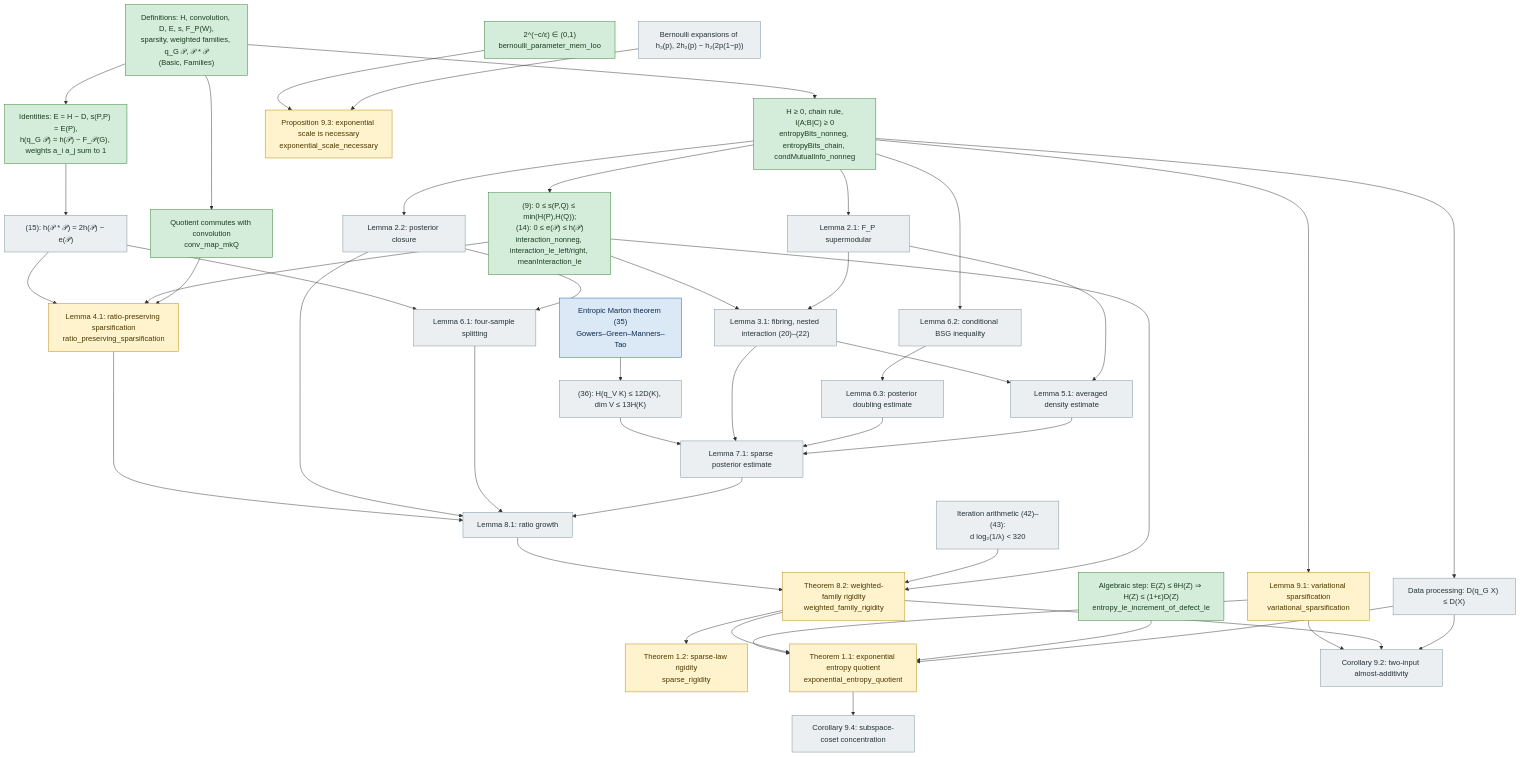
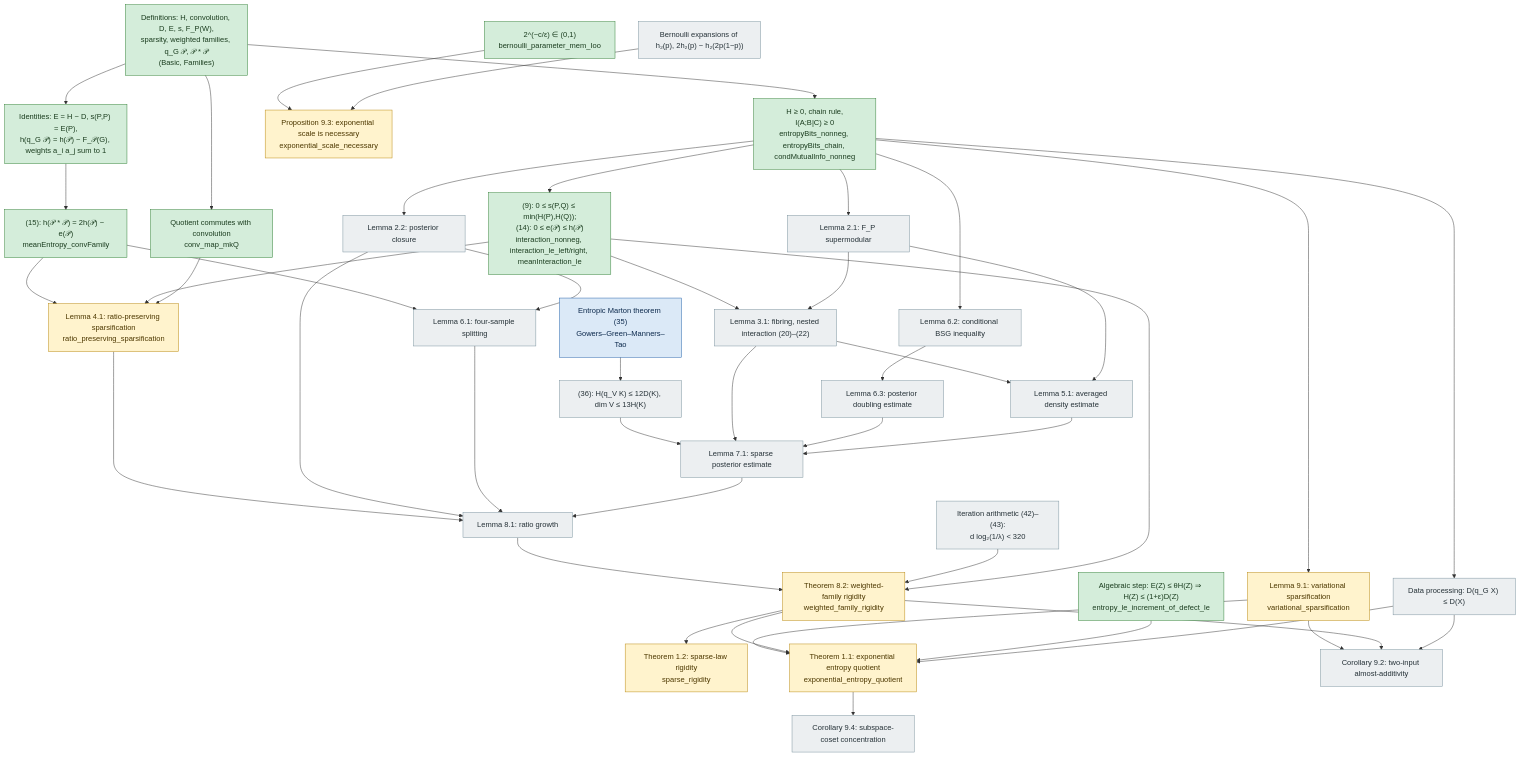
The diagram in docs/DEPENDENCIES.md (JosiahPark/entropy-quotients-lean), drawn with Mermaid before and after one commit.

Commit message:
docs: mark (15) proved in DEPENDENCIES (B4, CI green at fe44eaa)

```diff
--- a/docs/DEPENDENCIES.md
+++ b/docs/DEPENDENCIES.md
@@ -28,7 +28,7 @@
   NN["H ≥ 0, chain rule,<br/>I(A;B|C) ≥ 0<br/>entropyBits_nonneg, entropyBits_chain, condMutualInfo_nonneg"]:::proved
   E9["(9): 0 ≤ s(P,Q) ≤ min(H(P),H(Q));<br/>(14): 0 ≤ e(𝒫) ≤ h(𝒫)<br/>interaction_nonneg, interaction_le_left/right, meanInteraction_le"]:::proved
   DP["Data processing: D(q_G X) ≤ D(X)"]:::missing
-  E15["(15): h(𝒫 * 𝒫) = 2h(𝒫) − e(𝒫)"]:::missing
+  E15["(15): h(𝒫 * 𝒫) = 2h(𝒫) − e(𝒫)<br/>meanEntropy_convFamily"]:::proved
   QC["Quotient commutes with convolution<br/>conv_map_mkQ"]:::proved
   L21["Lemma 2.1: F_P supermodular"]:::missing
   L22["Lemma 2.2: posterior closure"]:::missing
```
